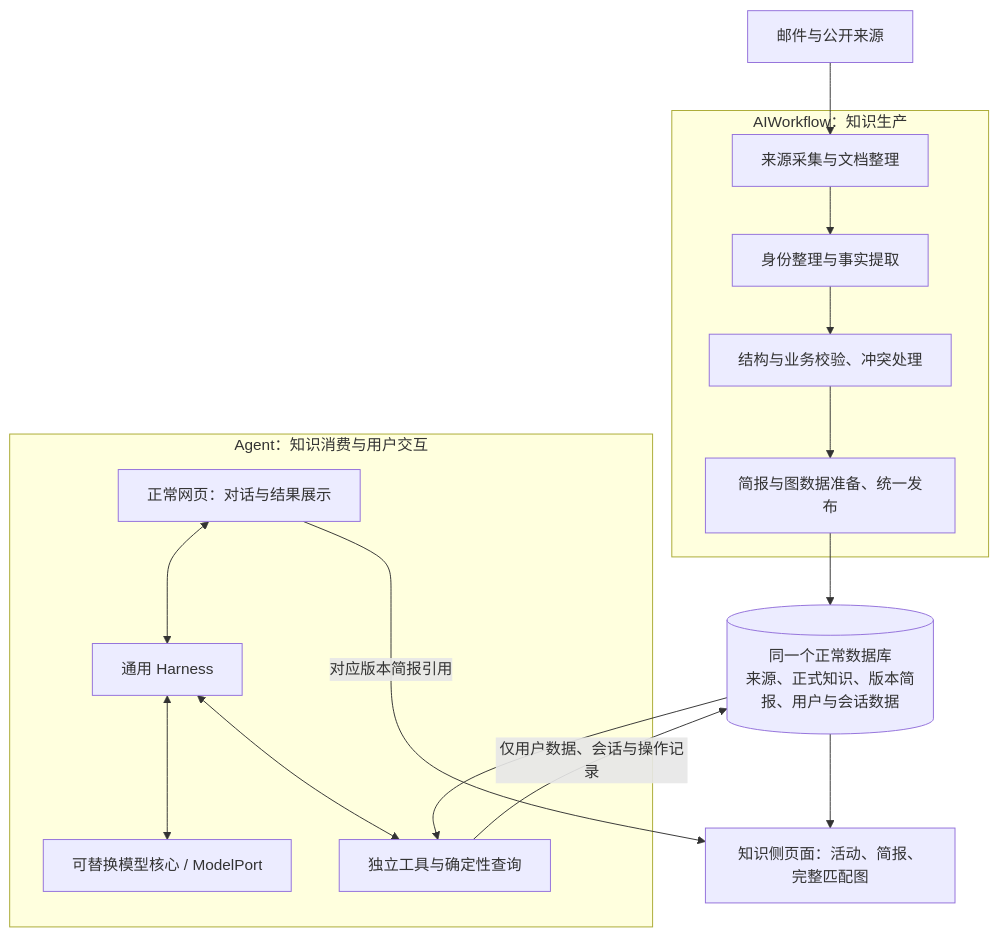
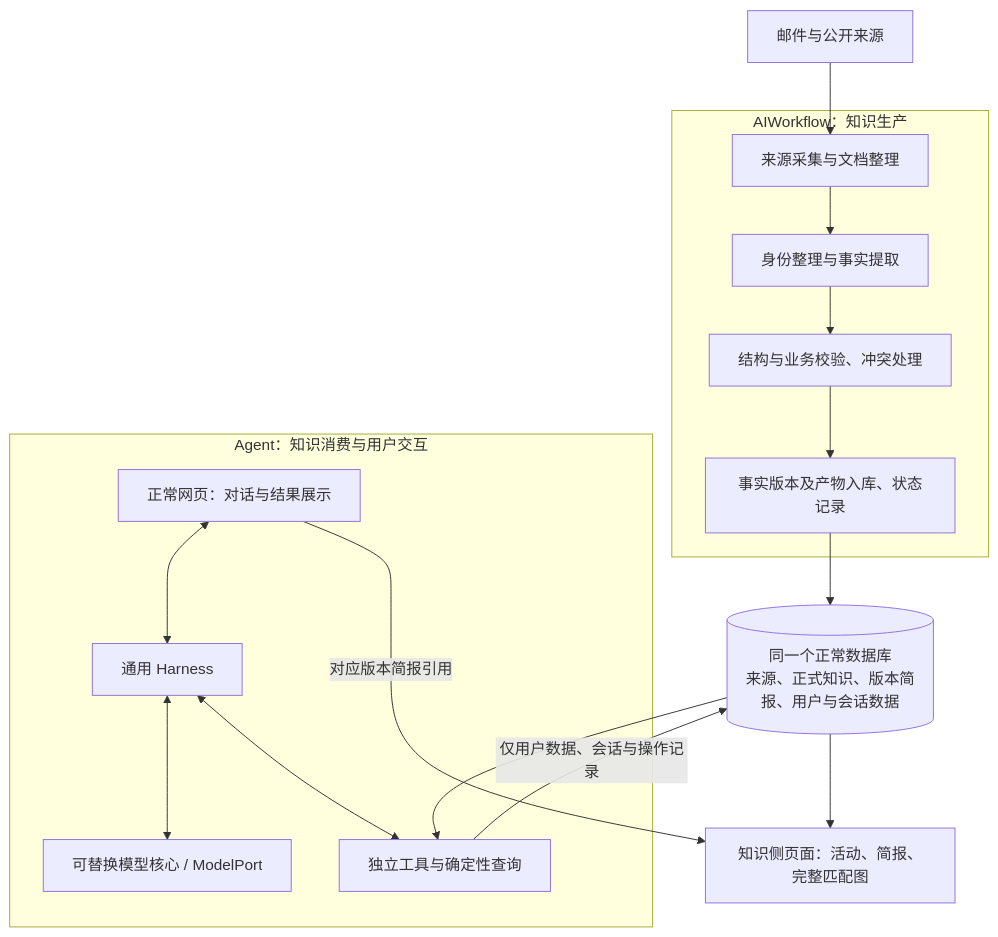
One commit to freezinlove/JourneyPlus changed the diagram in doc/target-system-architecture.md. Above: the diagram before and after it, drawn with Mermaid. The commit also changed other lines of this file and 1 other file, not shown here.

````diff
--- a/doc/target-system-architecture.md
+++ b/doc/target-system-architecture.md
@@ -13,28 +17,28 @@
 ```mermaid
 flowchart TB
     sources[邮件与公开来源]
     subgraph workflow[AIWorkflow：知识生产]
       ingest[来源采集与文档整理]
       extract[身份整理与事实提取]
       validate[结构与业务校验、冲突处理]
-      publish[简报与图数据准备、统一发布]
+      publish[事实版本及产物入库、状态记录]
       ingest --> extract --> validate --> publish
     end
     sources --> ingest
     db[(同一个正常数据库\n来源、正式知识、版本简报、用户与会话数据)]
     publish --> db
     knowledgeui[知识侧页面：活动、简报、完整匹配图]
     db --> knowledgeui
     subgraph agent[Agent：知识消费与用户交互]
       tools[独立工具与确定性查询]
       harness[通用 Harness]
       model[可替换模型核心 / ModelPort]
       ui[正常网页：对话与结果展示]
       ui <--> harness
       harness <--> model
       harness <--> tools
     end
     db --> tools
     tools -->|仅用户数据、会话与操作记录| db
     ui -->|对应版本简报引用| knowledgeui
 ```
````
